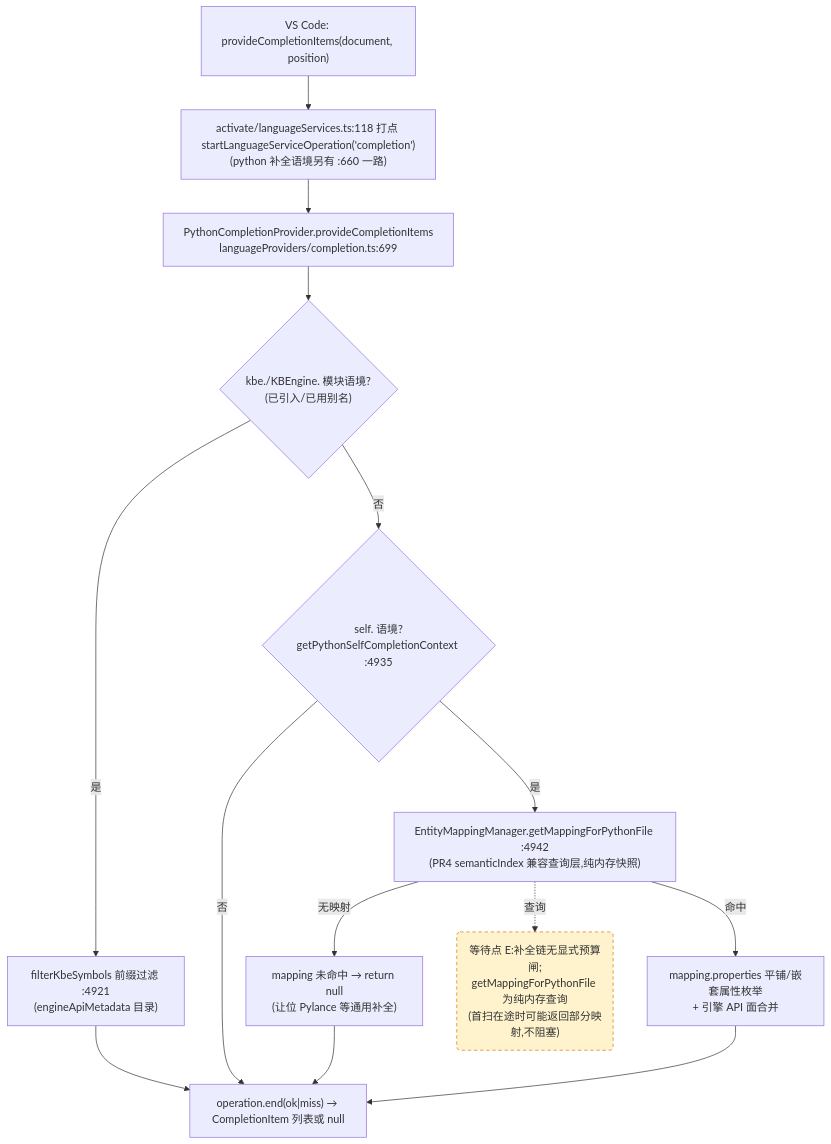
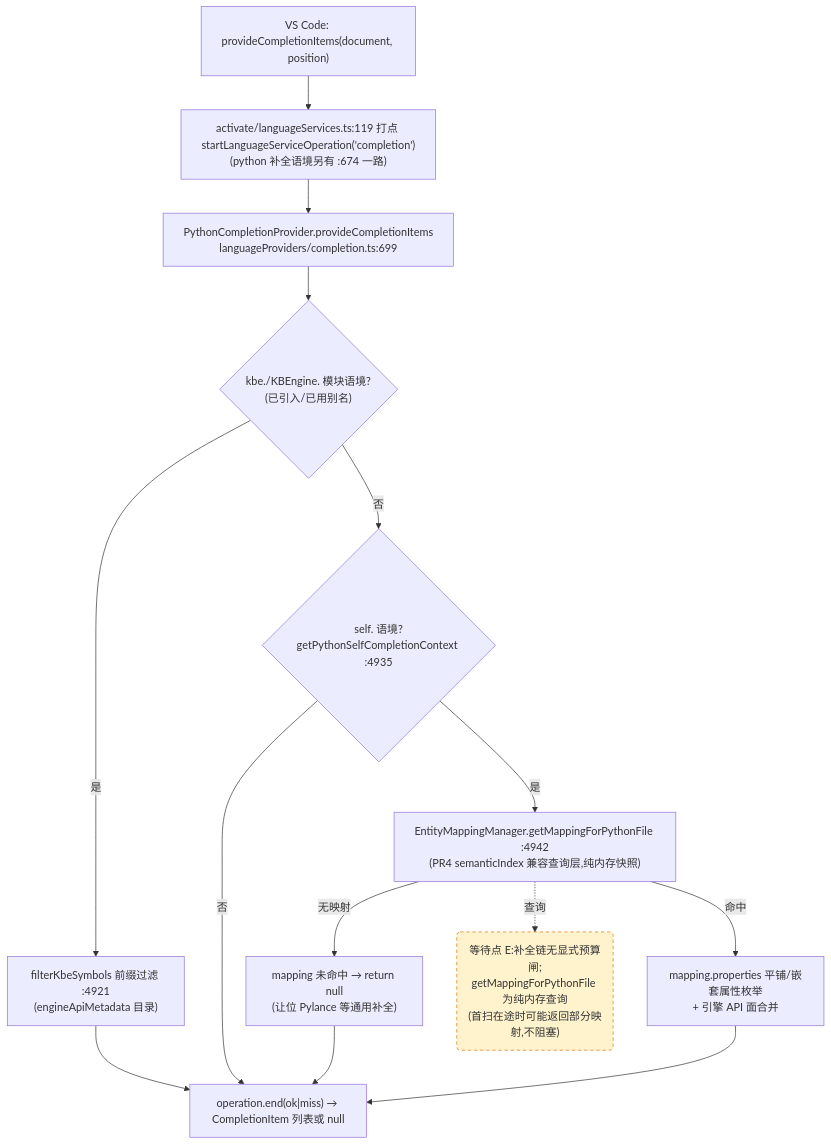
The third of 4 diagrams in docs/perf/2026-baseline.md (cuihairu/kode), drawn with Mermaid before and after one commit. The commit also changed other lines of this file and 18 other files, not shown here.

````diff
--- a/docs/perf/2026-baseline.md
+++ b/docs/perf/2026-baseline.md
@@ -184,27 +184,27 @@
 ```mermaid
 flowchart TD
   VC3["VS Code: provideCompletionItems(document, position)"]
-  M3["activate/languageServices.ts:118 打点 startLanguageServiceOperation('completion')<br/>(python 补全语境另有 :660 一路)"]
+  M3["activate/languageServices.ts:119 打点 startLanguageServiceOperation('completion')<br/>(python 补全语境另有 :674 一路)"]
   CP["PythonCompletionProvider.provideCompletionItems<br/>languageProviders/completion.ts:699"]
   KBEC{"kbe./KBEngine. 模块语境?<br/>(已引入/已用别名)"}
   FILTER["filterKbeSymbols 前缀过滤 :4921<br/>(engineApiMetadata 目录)"]
   SELFC{"self. 语境?<br/>getPythonSelfCompletionContext :4935"}
   MAP["EntityMappingManager.getMappingForPythonFile :4942<br/>(PR4 semanticIndex 兼容查询层,纯内存快照)"]
   NOMAP["mapping 未命中 → return null<br/>(让位 Pylance 等通用补全)"]
   PROPS["mapping.properties 平铺/嵌套属性枚举<br/>+ 引擎 API 面合并"]
   END3["operation.end(ok|miss) → CompletionItem 列表或 null"]
 
   VC3 --> M3 --> CP --> KBEC
   KBEC -- "是" --> FILTER --> END3
   KBEC -- "否" --> SELFC
   SELFC -- "否" --> END3
   SELFC -- "是" --> MAP
   MAP -- "无映射" --> NOMAP --> END3
   MAP -- "命中" --> PROPS --> END3
 
   WAITE("等待点 E:补全链无显式预算闸;<br/>getMappingForPythonFile 为纯内存查询<br/>(首扫在途时可能返回部分映射,不阻塞)")
   MAP -.->|查询| WAITE
 
   classDef waitPoint fill:#fff3cd,stroke:#d97706,stroke-dasharray:5 4;
   class WAITE waitPoint;
 ```
````
